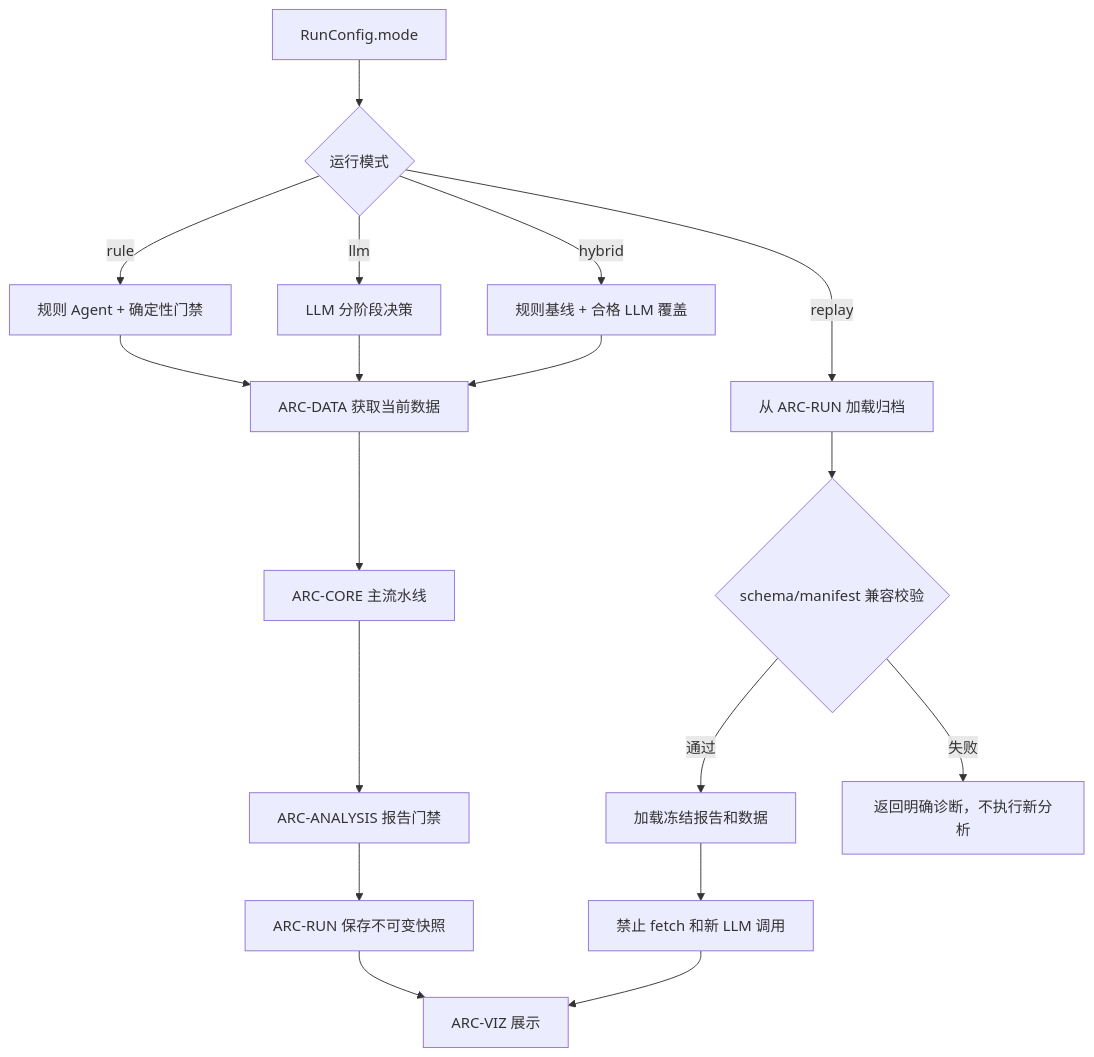
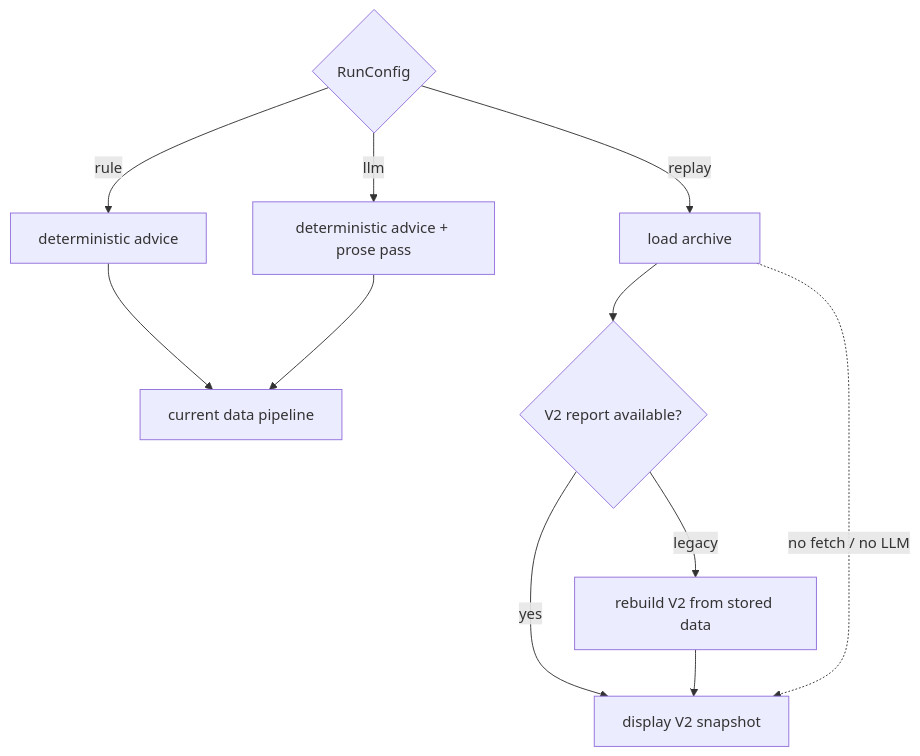
Before and after one commit to vbqx/GoldAnalysisAI: the fourth of 5 diagrams in docs/aspice/SWE.2-architecture/software-architecture.md, drawn with Mermaid. The commit also changed other lines of this file and 71 other files, not shown here.

````diff
--- a/docs/aspice/SWE.2-architecture/software-architecture.md
+++ b/docs/aspice/SWE.2-architecture/software-architecture.md
@@ -135,20 +73,13 @@
 ```mermaid
 flowchart TD
-  START["RunConfig.mode"] --> MODE{"运行模式"}
-  MODE -->|rule| RULE["规则 Agent + 确定性门禁"]
-  MODE -->|llm| LLM_MODE["LLM 分阶段决策"]
-  MODE -->|hybrid| HYBRID["规则基线 + 合格 LLM 覆盖"]
-  MODE -->|replay| REPLAY["从 ARC-RUN 加载归档"]
-  RULE --> LIVE_DATA["ARC-DATA 获取当前数据"]
-  LLM_MODE --> LIVE_DATA
-  HYBRID --> LIVE_DATA
-  LIVE_DATA --> PIPELINE["ARC-CORE 主流水线"]
-  PIPELINE --> GATE["ARC-ANALYSIS 报告门禁"]
-  GATE --> SAVE["ARC-RUN 保存不可变快照"]
-  REPLAY --> COMPAT{"schema/manifest 兼容校验"}
-  COMPAT -->|通过| SNAPSHOT["加载冻结报告和数据"]
-  COMPAT -->|失败| DIAG["返回明确诊断，不执行新分析"]
-  SNAPSHOT --> NO_IO["禁止 fetch 和新 LLM 调用"]
-  SAVE --> VIZ_OUT["ARC-VIZ 展示"]
-  NO_IO --> VIZ_OUT
+  MODE{"RunConfig"} -->|rule| DET["deterministic advice"]
+  MODE -->|llm| WORD["deterministic advice + prose pass"]
+  MODE -->|replay| REPLAY["load archive"]
+  DET --> LIVE["current data pipeline"]
+  WORD --> LIVE
+  REPLAY --> COMPAT{"V2 report available?"}
+  COMPAT -->|yes| SHOW["display V2 snapshot"]
+  COMPAT -->|legacy| REBUILD["rebuild V2 from stored data"]
+  REBUILD --> SHOW
+  REPLAY -. no fetch / no LLM .-> SHOW
 ```
````
